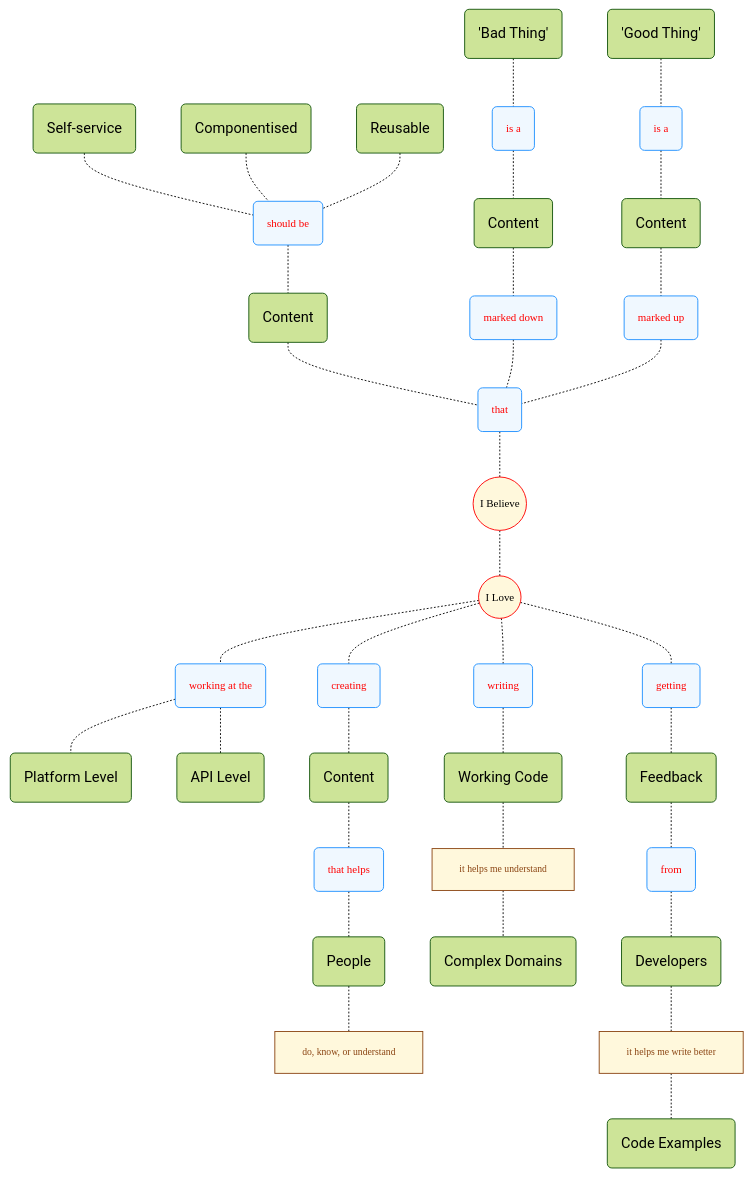
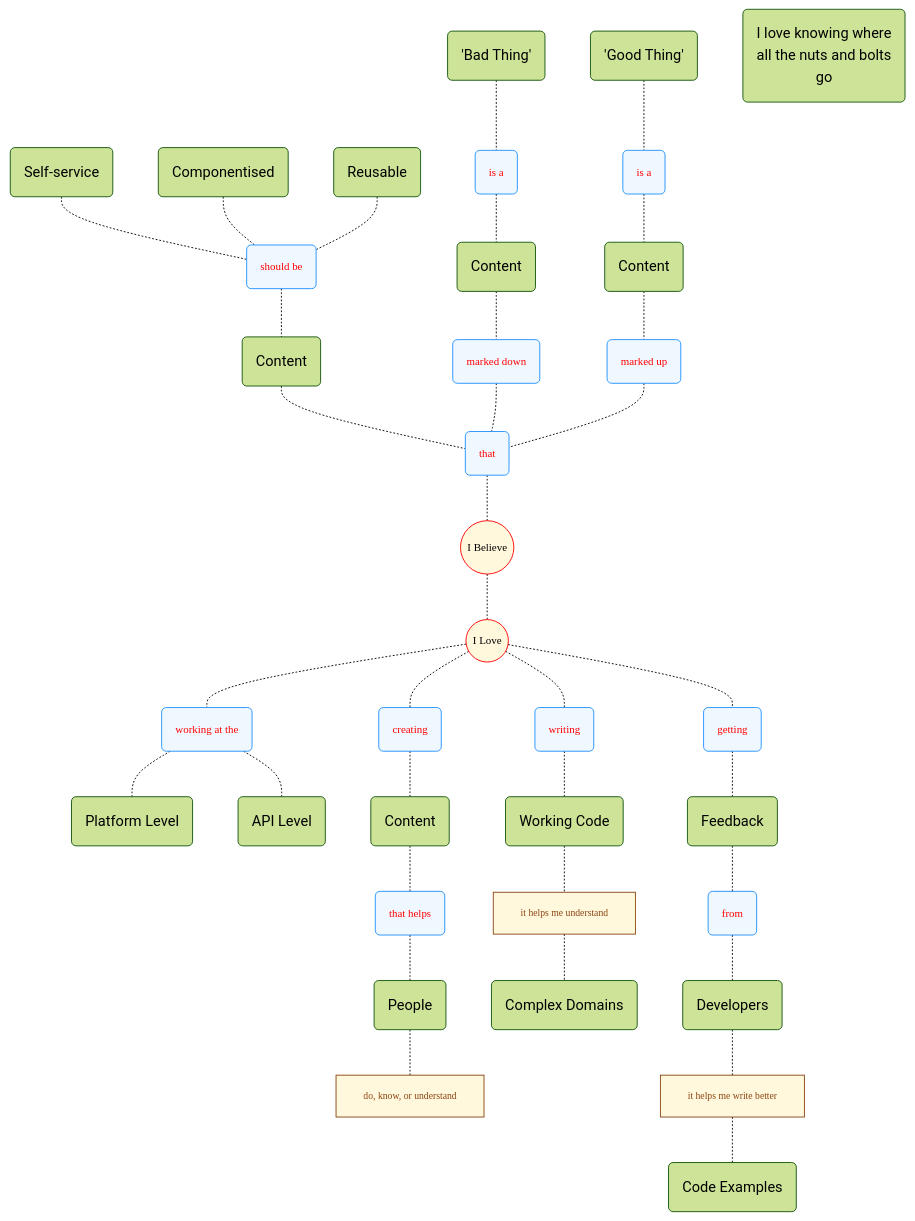
The first of 2 diagrams in my_mindmap_02.md (joe-dorward/samples), drawn with Mermaid before and after one commit.

```diff
--- a/my_mindmap_02.md
+++ b/my_mindmap_02.md
@@ -47,6 +47,7 @@
   WORKING_AT_THE("working at the")
   PLATFORM_LEVEL("Platform Level")
   API_LEVEL("API Level")
+  LOVE_KNOWING_NUTS_AND_BOLTS("I love knowing where<br/>all the nuts and bolts<br/>go")
 
   class WORKING_AT_THE Verb;
 
```
